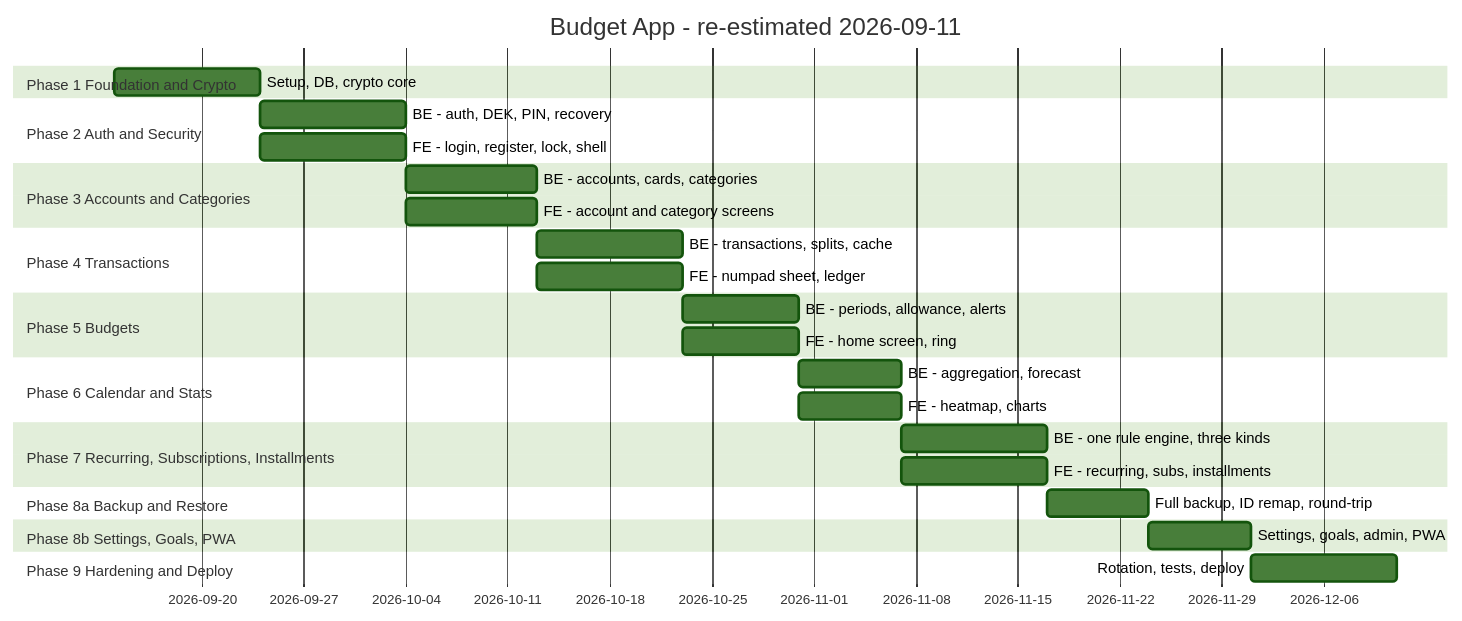
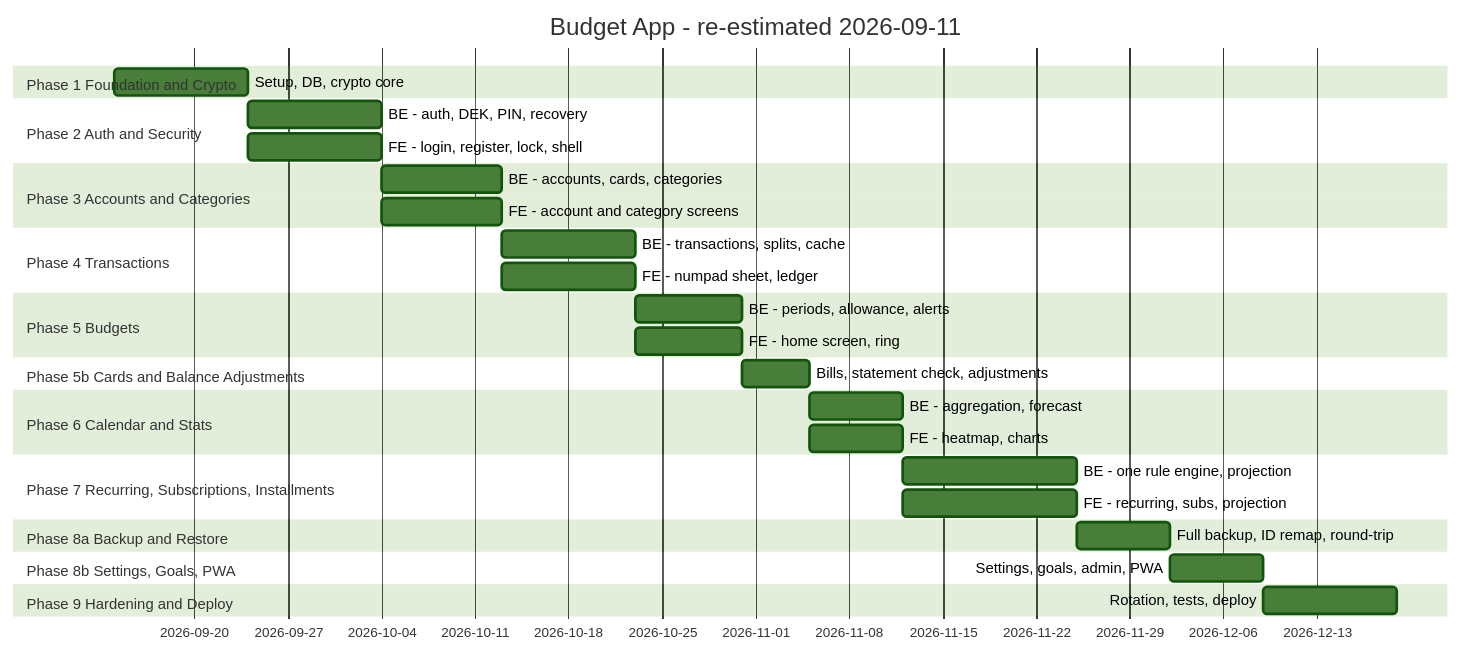
One commit to zakura1x/Budget-App changed the diagram in misc/phases.md. Above: the diagram before and after it, drawn with Mermaid (forest theme). The commit also changed other lines of this file and 41 other files, not shown here.

First line of the commit message:
Phase 5b: card bills, statement check and balance adjustments

````diff
--- a/misc/phases.md
+++ b/misc/phases.md
@@ -30,31 +31,33 @@
 ```mermaid
 gantt
     title Budget App - re-estimated 2026-09-11
     dateFormat  YYYY-MM-DD
     section Phase 1 Foundation and Crypto
     Setup, DB, crypto core             :a1, 2026-09-14, 10d
     section Phase 2 Auth and Security
     BE - auth, DEK, PIN, recovery      :b1, after a1, 10d
     FE - login, register, lock, shell  :b2, after a1, 10d
     section Phase 3 Accounts and Categories
     BE - accounts, cards, categories   :c1, after b1, 9d
     FE - account and category screens  :c2, after b2, 9d
     section Phase 4 Transactions
     BE - transactions, splits, cache   :d1, after c1, 10d
     FE - numpad sheet, ledger          :d2, after c2, 10d
     section Phase 5 Budgets
     BE - periods, allowance, alerts    :e1, after d1, 8d
     FE - home screen, ring             :e2, after d2, 8d
+    section Phase 5b Cards and Balance Adjustments
+    Bills, statement check, adjustments :e3, after e1, 5d
     section Phase 6 Calendar and Stats
-    BE - aggregation, forecast         :f1, after e1, 7d
-    FE - heatmap, charts               :f2, after e2, 7d
+    BE - aggregation, forecast         :f1, after e3, 7d
+    FE - heatmap, charts               :f2, after e3, 7d
     section Phase 7 Recurring, Subscriptions, Installments
-    BE - one rule engine, three kinds  :g1, after f1, 10d
-    FE - recurring, subs, installments :g2, after f2, 10d
+    BE - one rule engine, projection   :g1, after f1, 13d
+    FE - recurring, subs, projection   :g2, after f2, 13d
     section Phase 8a Backup and Restore
     Full backup, ID remap, round-trip  :h1, after g1, 7d
     section Phase 8b Settings, Goals, PWA
     Settings, goals, admin, PWA        :h2, after h1, 7d
     section Phase 9 Hardening and Deploy
     Rotation, tests, deploy            :i1, after h2, 10d
 ```
````
